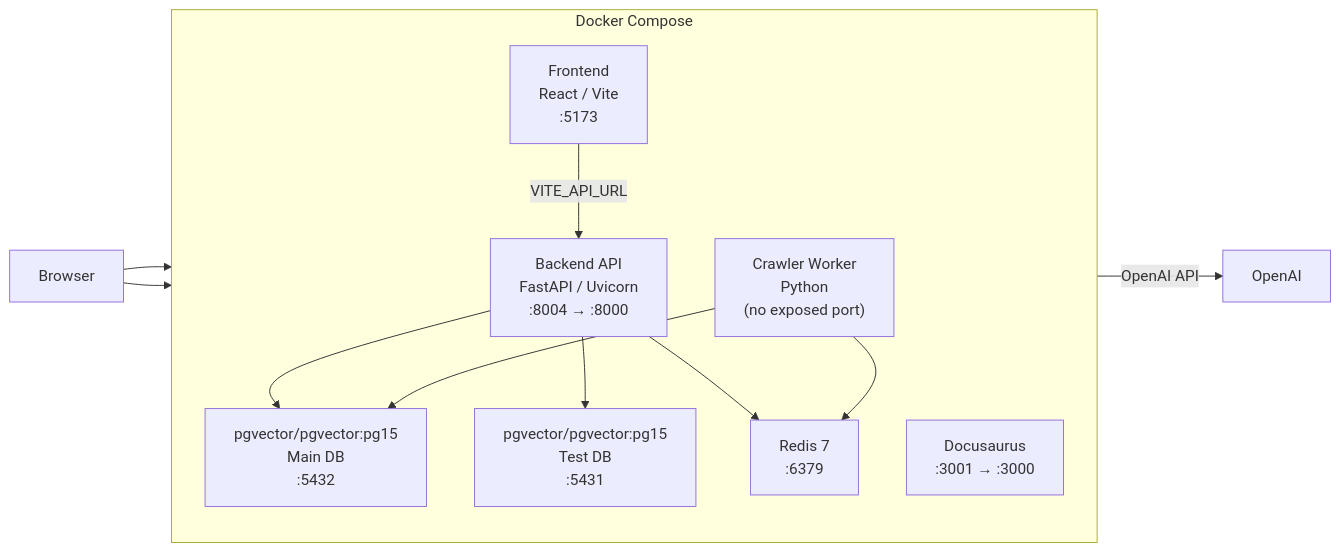
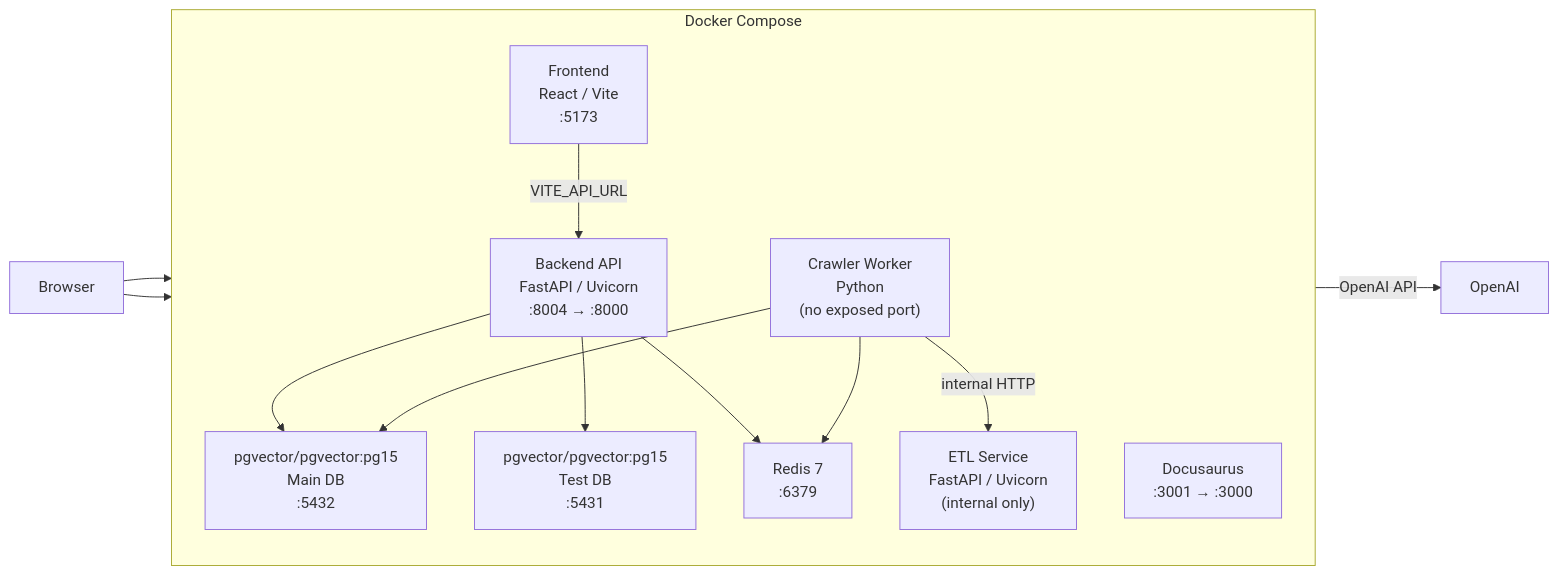
The diagram in docs/docs/architecture/system-overview.md (danphenderson/baldin), drawn with Mermaid before and after one commit. The commit also changed other lines of this file and 41 other files, not shown here.

Commit message:
feat:  completed (not reviewed) and implemented reverse proxy etl service -- internal only (private on the local stack)

````diff
--- a/docs/docs/architecture/system-overview.md
+++ b/docs/docs/architecture/system-overview.md
@@ -16,28 +16,30 @@
 ```mermaid
 graph LR
     accTitle: Baldin Service Topology
-    accDescr: Shows the Docker Compose stack — Frontend (React/Vite on port 5173), Backend API (FastAPI/Uvicorn on port 8000), Crawler Worker, Main PostgreSQL DB with pgvector (5432), Test DB (5431), Redis (6379), Docs (3001), and an external OpenAI LLM — and the connection direction between them.
+    accDescr: Shows the Docker Compose stack — Frontend (React/Vite on port 5173), Backend API (FastAPI/Uvicorn on port 8000), internal ETL service, Crawler Worker, Main PostgreSQL DB with pgvector (5432), Test DB (5431), Redis (6379), Docs (3001), and an external OpenAI LLM — and the connection direction between them.
     Browser["Browser"]
     LLM["OpenAI"]
 
     subgraph dc["Docker Compose"]
         direction TB
         FE["Frontend<br/>React / Vite<br/>:5173"]
         API["Backend API<br/>FastAPI / Uvicorn<br/>:8004 → :8000"]
+        ETL["ETL Service<br/>FastAPI / Uvicorn<br/>(internal only)"]
         CW["Crawler Worker<br/>Python<br/>(no exposed port)"]
         DB["pgvector/pgvector:pg15<br/>Main DB<br/>:5432"]
         TDB["pgvector/pgvector:pg15<br/>Test DB<br/>:5431"]
         RD["Redis 7<br/>:6379"]
         DOCS["Docusaurus<br/>:3001 → :3000"]
     end
 
     Browser --> FE
     Browser --> DOCS
     FE -->|VITE_API_URL| API
     API --> DB
     API --> TDB
     API --> RD
+    CW -->|internal HTTP| ETL
     CW --> DB
     CW --> RD
     API -->|OpenAI API| LLM
 ```
````
